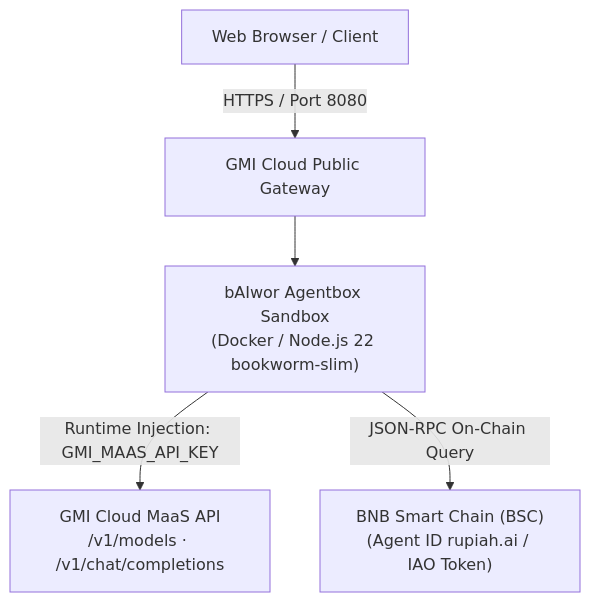
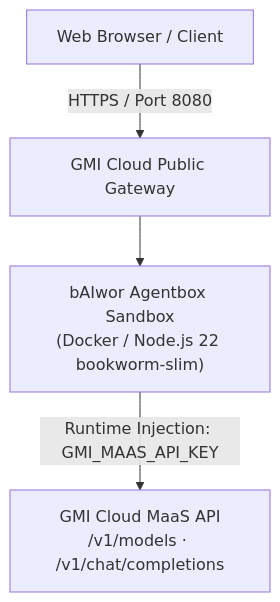
One commit to bAIwor/agentbox changed the diagram in README.md. Above: the diagram before and after it, drawn with Mermaid. The commit also changed other lines of this file and 6 other files, not shown here.

````diff
--- a/README.md
+++ b/README.md
@@ -40,7 +42,6 @@
 ```mermaid
 flowchart TD
     User["Web Browser / Client"] -->|HTTPS / Port 8080| GMI_GW["GMI Cloud Public Gateway"]
     GMI_GW --> Box["bAIwor Agentbox Sandbox<br/>(Docker / Node.js 22 bookworm-slim)"]
     Box -->|Runtime Injection: GMI_MAAS_API_KEY| GMI_MaaS["GMI Cloud MaaS API<br/>/v1/models · /v1/chat/completions"]
-    Box -->|JSON-RPC On-Chain Query| BSC["BNB Smart Chain (BSC)<br/>(Agent ID rupiah.ai / IAO Token)"]
 ```
````
